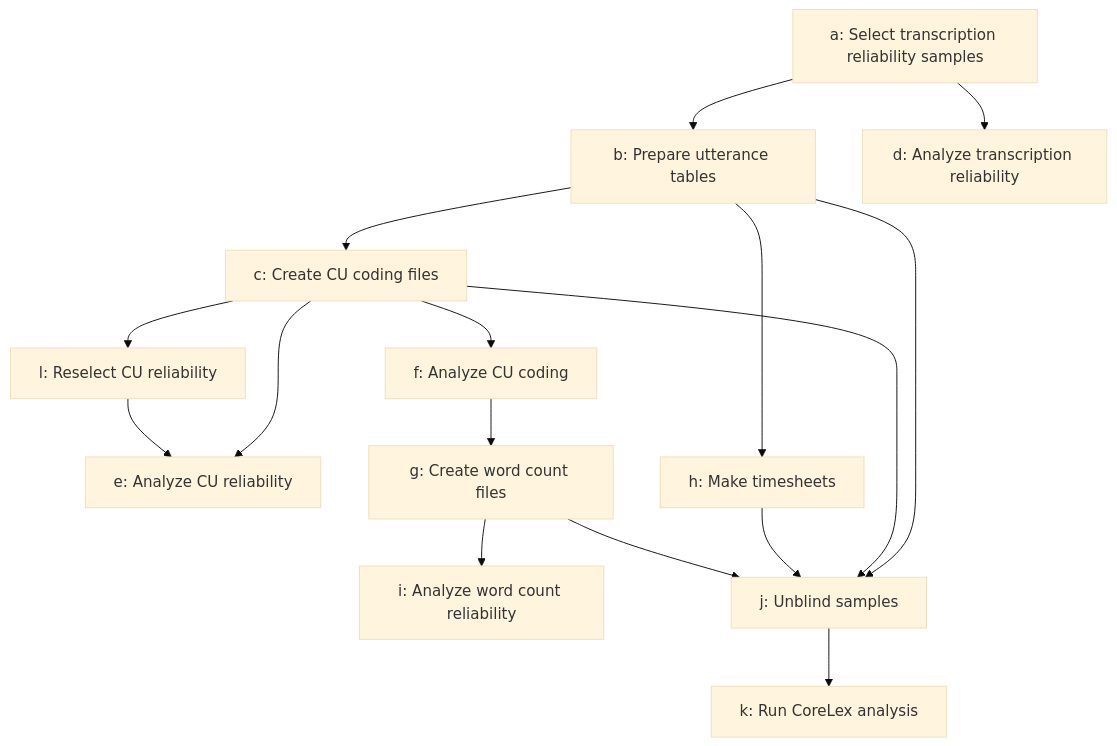
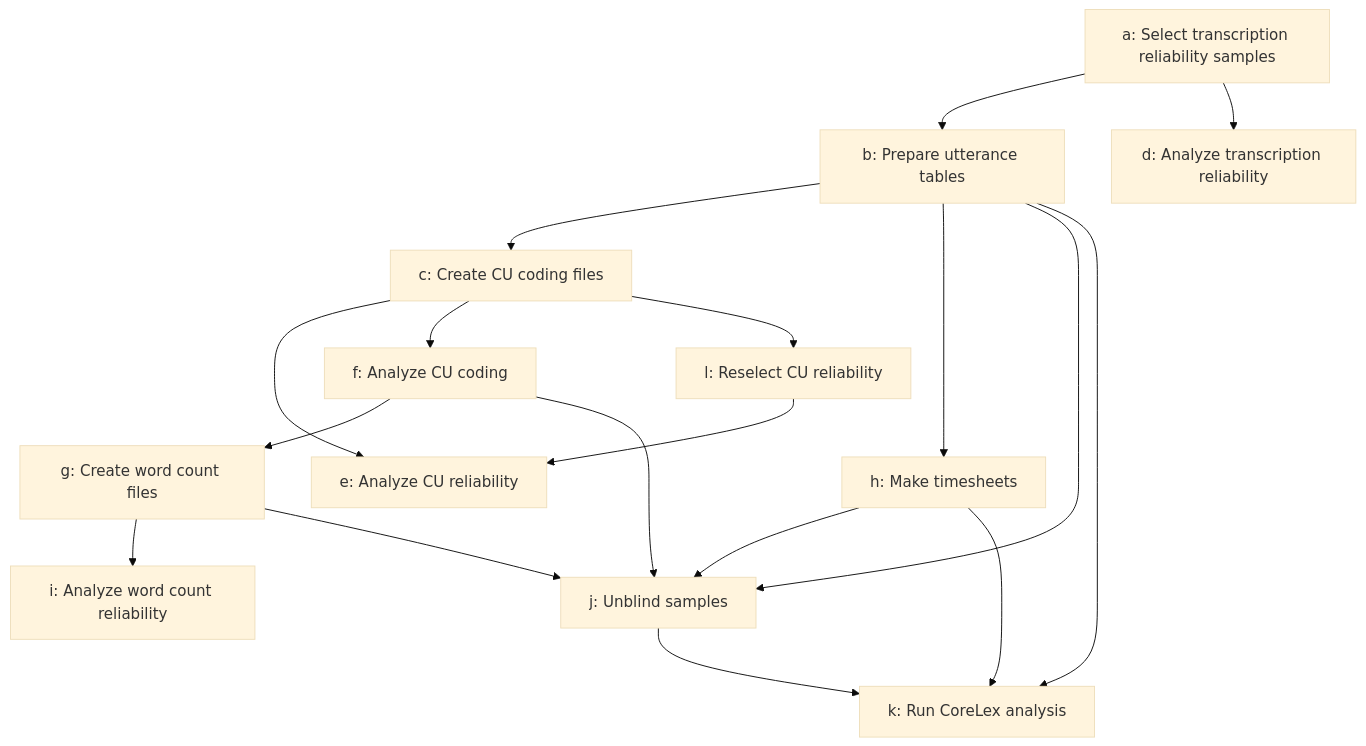
Before and after one commit to nmccloskey/RASCAL: the diagram in README.md, drawn with Mermaid (base theme). The commit also changed 1 other file, not shown here.

Commit message:
update k, readme

````diff
--- a/README.md
+++ b/README.md
@@ -168,23 +168,23 @@
 ```mermaid
 flowchart TD
     A[a: Select transcription reliability samples] --> B[b: Prepare utterance tables]
     A --> D[d: Analyze transcription reliability]
 
     B --> C[c: Create CU coding files]
 
     
     C --> E[e: Analyze CU reliability]
     C --> F[f: Analyze CU coding]
 
     F --> G[g: Create word count files]
     B --> H[h: Make timesheets]
 
     G --> I[i: Analyze word count reliability]
 
-    B & C & H & G --> J[j: Unblind samples]
+    B & F & G & H --> J[j: Unblind samples]
 
-    J --> K[k: Run CoreLex analysis]
+    B & H & J --> K[k: Run CoreLex analysis]
 
     C --> L[l: Reselect CU reliability]
     L --> E
 ```
````
